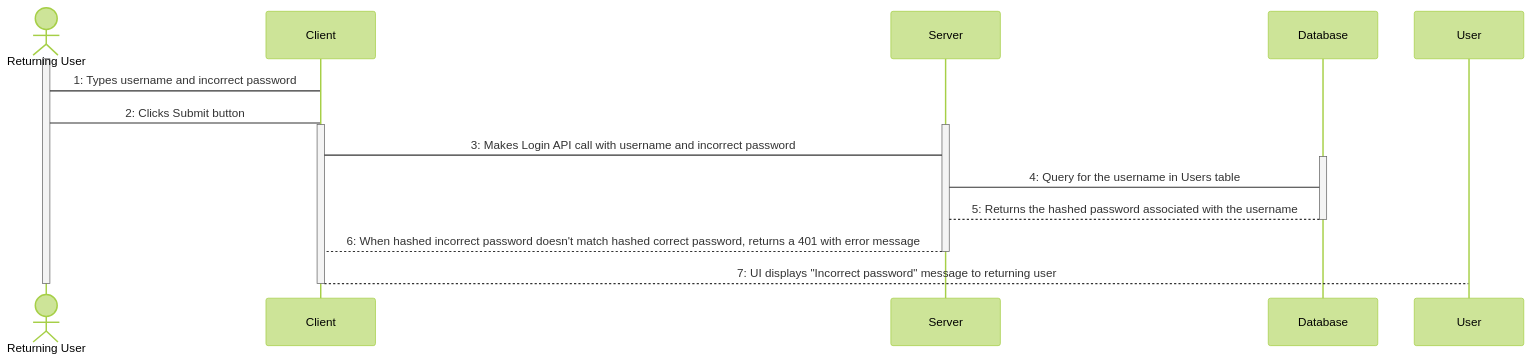
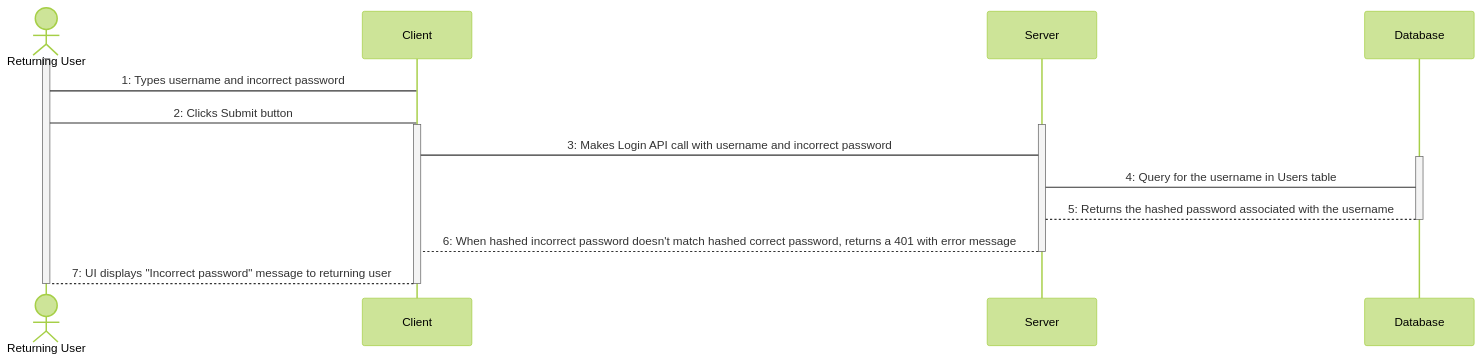
Before and after one commit to erdietri/DiagramAsCode_Mermaid: the diagram in sequence_diagrams/login_sequence_diagram.md, drawn with Mermaid (forest theme).

Commit message:
Fixed naming of actor ('User' should be 'Returning User') in login_sequence_diagram.md

````diff
--- a/sequence_diagrams/login_sequence_diagram.md
+++ b/sequence_diagrams/login_sequence_diagram.md
@@ -3,22 +3,22 @@
 ```mermaid
 sequenceDiagram
     actor Returning User
     participant Client
     participant Server
     participant Database
     activate Returning User
     Returning User->Client: 1: Types username and incorrect password
     Returning User->Client: 2: Clicks Submit button
     activate Client
     activate Server
     Client->Server: 3: Makes Login API call with username and incorrect password
     activate Database
     Server->Database: 4: Query for the username in Users table
     Database-->Server: 5: Returns the hashed password associated with the username
     deactivate Database
     Server-->Client: 6: When hashed incorrect password doesn't match hashed correct password, returns a 401 with error message
     deactivate Server
-    Client-->User: 7: UI displays "Incorrect password" message to returning user
+    Client-->Returning User: 7: UI displays "Incorrect password" message to returning user
     deactivate Client
     deactivate Returning User
 ```
````
